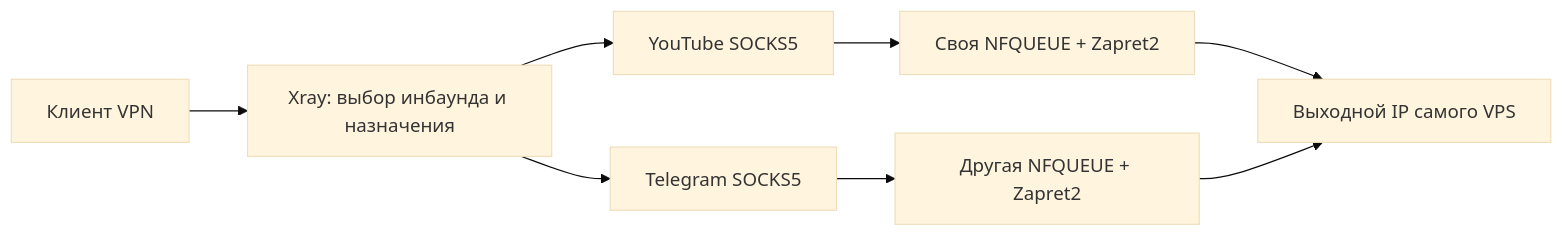
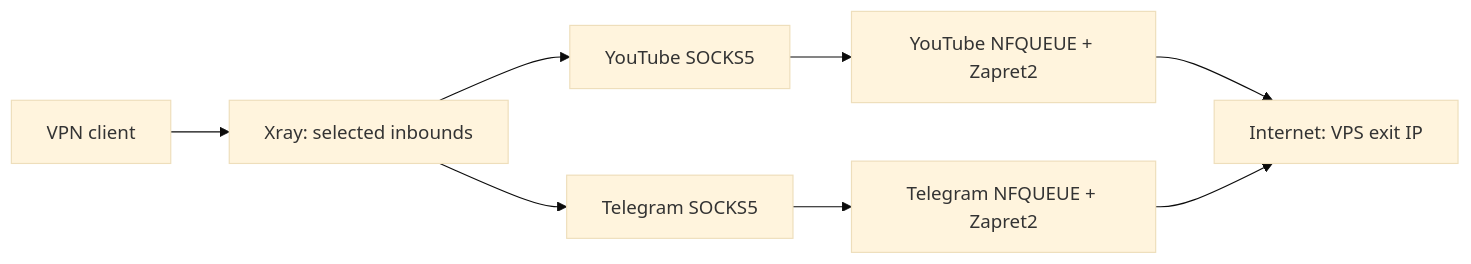
Before and after one commit to Forcus356/Zapret-Manager: the diagram in README.md, drawn with Mermaid (base theme). The commit also changed other lines of this file and 29 other files, not shown here.

````diff
--- a/README.md
+++ b/README.md
@@ -46,10 +69,10 @@
 ```mermaid
 flowchart LR
-    A[Клиент VPN] --> X[Xray: выбор инбаунда и назначения]
+    C[VPN client] --> X[Xray: selected inbounds]
     X --> Y[YouTube SOCKS5]
     X --> T[Telegram SOCKS5]
-    Y --> QY[Своя NFQUEUE + Zapret2]
-    T --> QT[Другая NFQUEUE + Zapret2]
-    QY --> E[Выходной IP самого VPS]
-    QT --> E
+    Y --> YQ[YouTube NFQUEUE + Zapret2]
+    T --> TQ[Telegram NFQUEUE + Zapret2]
+    YQ --> I[Internet: VPS exit IP]
+    TQ --> I
 ```
````
